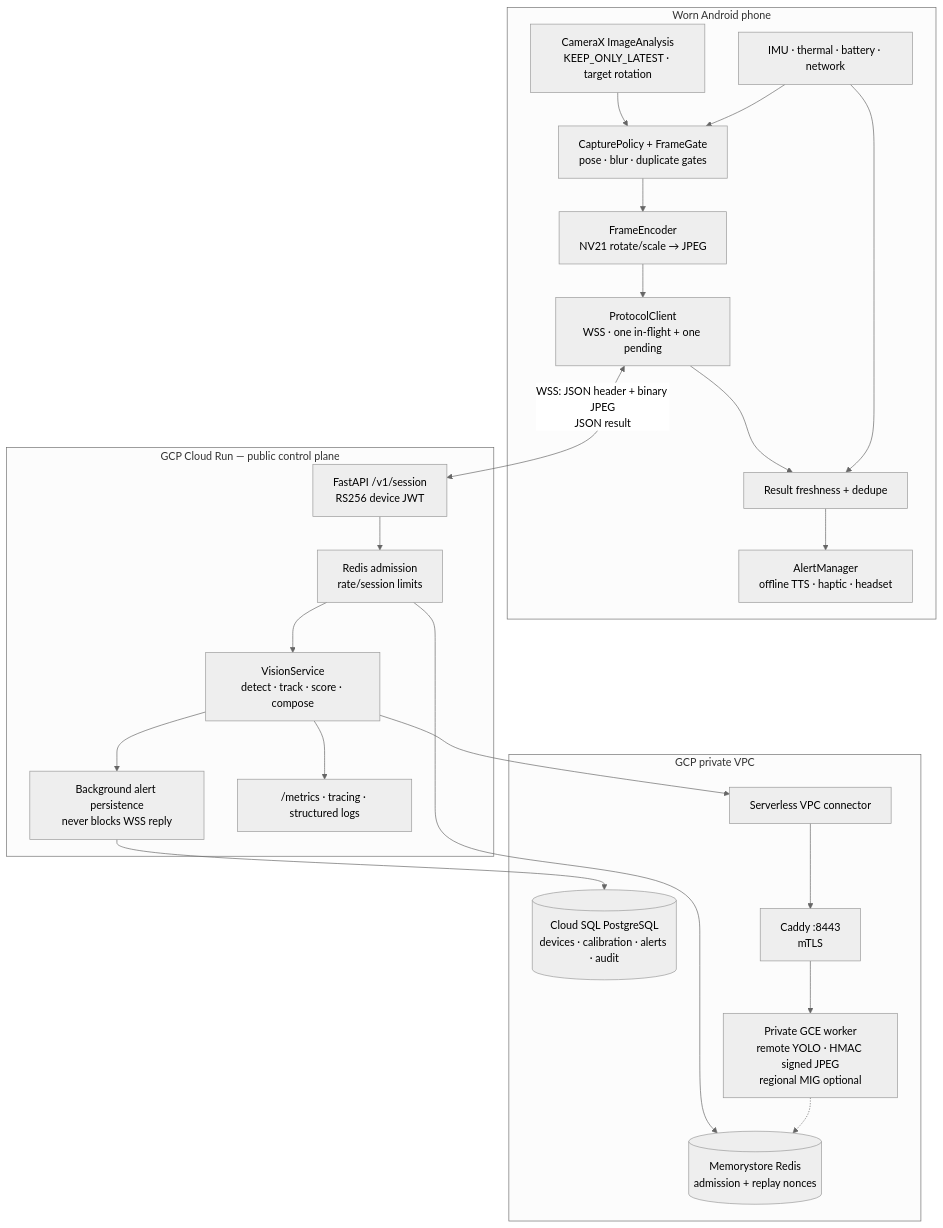
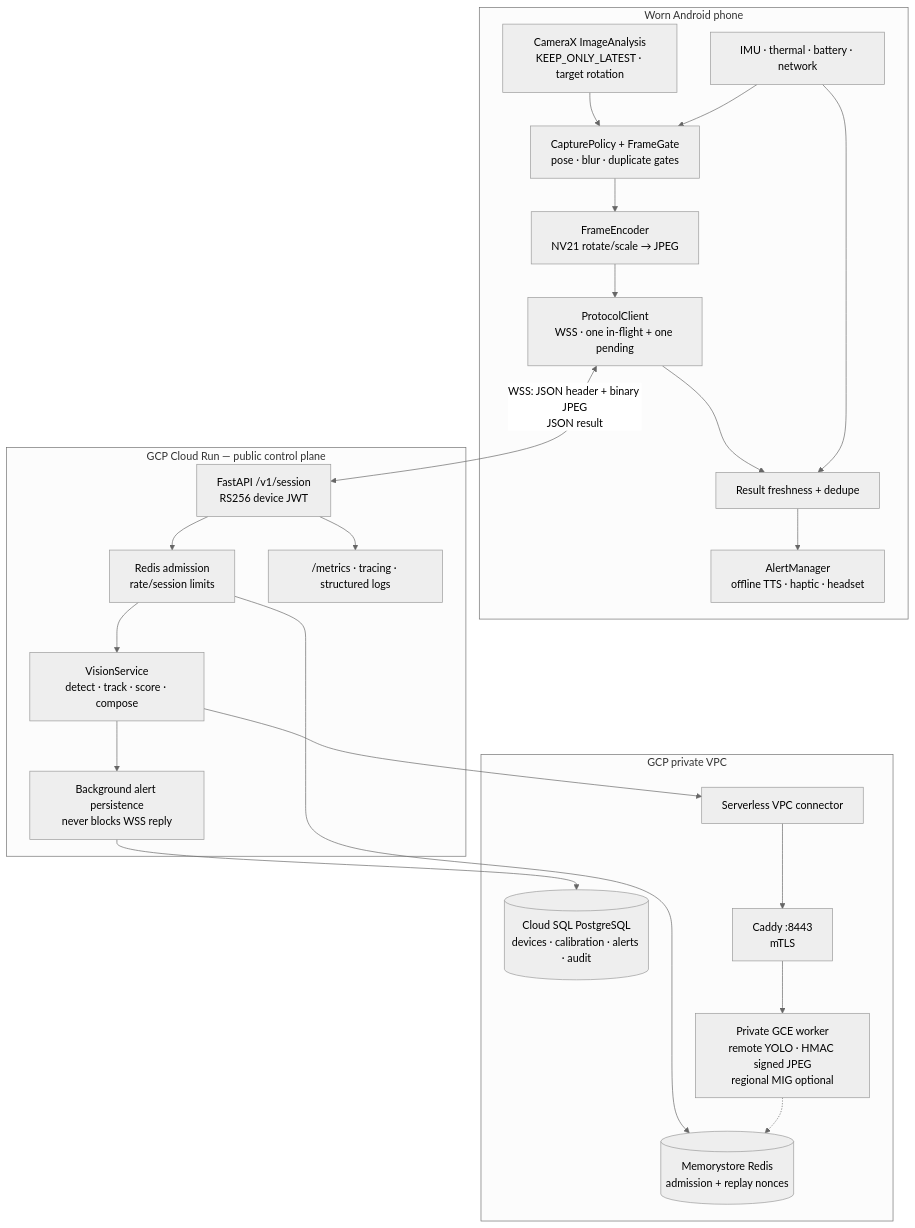
The first of 7 diagrams in README.md (kethanva/akshrava), drawn with Mermaid (neutral theme) before and after one commit. The commit also changed other lines of this file and 12 other files, not shown here.

````diff
--- a/README.md
+++ b/README.md
@@ -28,40 +28,40 @@
 ```mermaid
 flowchart TB
   subgraph Phone["Worn Android phone"]
     Camera["CameraX ImageAnalysis\nKEEP_ONLY_LATEST · target rotation"]
     Capture["CapturePolicy + FrameGate\npose · blur · duplicate gates"]
     Encode["FrameEncoder\nNV21 rotate/scale → JPEG"]
     Socket["ProtocolClient\nWSS · one in-flight + one pending"]
     Result["Result freshness + dedupe"]
     Alert["AlertManager\noffline TTS · haptic · headset"]
     Sensors["IMU · thermal · battery · network"]
     Camera --> Capture --> Encode --> Socket --> Result --> Alert
     Sensors --> Capture
     Sensors --> Result
   end
 
   subgraph CloudRun["GCP Cloud Run — public control plane"]
     Session["FastAPI /v1/session\nRS256 device JWT"]
     Admission["Redis admission\nrate/session limits"]
     Service["VisionService\ndetect · track · score · compose"]
     Persist["Background alert persistence\nnever blocks WSS reply"]
     Metrics["/metrics · tracing · structured logs"]
     Session --> Admission --> Service --> Persist
-    Service --> Metrics
+    Session --> Metrics
   end
 
   subgraph Private["GCP private VPC"]
     Redis[("Memorystore Redis\nadmission + replay nonces")]
     SQL[("Cloud SQL PostgreSQL\ndevices · calibration · alerts · audit")]
     Connector["Serverless VPC connector"]
     Caddy["Caddy :8443\nmTLS"]
     Worker["Private GCE worker\nremote YOLO · HMAC signed JPEG\nregional MIG optional"]
     Connector --> Caddy --> Worker
   end
 
   Socket <-->|"WSS: JSON header + binary JPEG\nJSON result"| Session
   Admission --> Redis
   Persist --> SQL
   Service --> Connector
   Worker -.-> Redis
 ```
````
